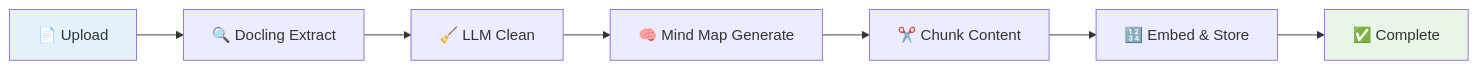
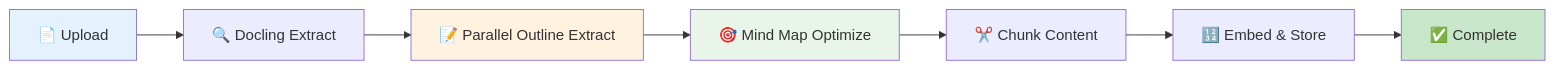
Before and after one commit to edu-rag/vizmind-ai: the eighth of 12 diagrams in README.md, drawn with Mermaid. The commit also changed other lines of this file and 6 other files, not shown here.

Commit message:
feat: enhance document processing with parallel outline extraction and mind map optimization

````diff
--- a/README.md
+++ b/README.md
@@ -393,12 +395,14 @@
 ```mermaid
 graph LR
     A[📄 Upload] --> B[🔍 Docling Extract]
-    B --> C[🧹 LLM Clean]
-    C --> D[🧠 Mind Map Generate]
+    B --> C[📝 Parallel Outline Extract]
+    C --> D[🎯 Mind Map Optimize]
     D --> E[✂️ Chunk Content]
     E --> F[🔢 Embed & Store]
     F --> G[✅ Complete]
     
     style A fill:#e3f2fd
-    style G fill:#e8f5e8
+    style C fill:#fff3e0
+    style D fill:#e8f5e8
+    style G fill:#c8e6c9
 ```
````
